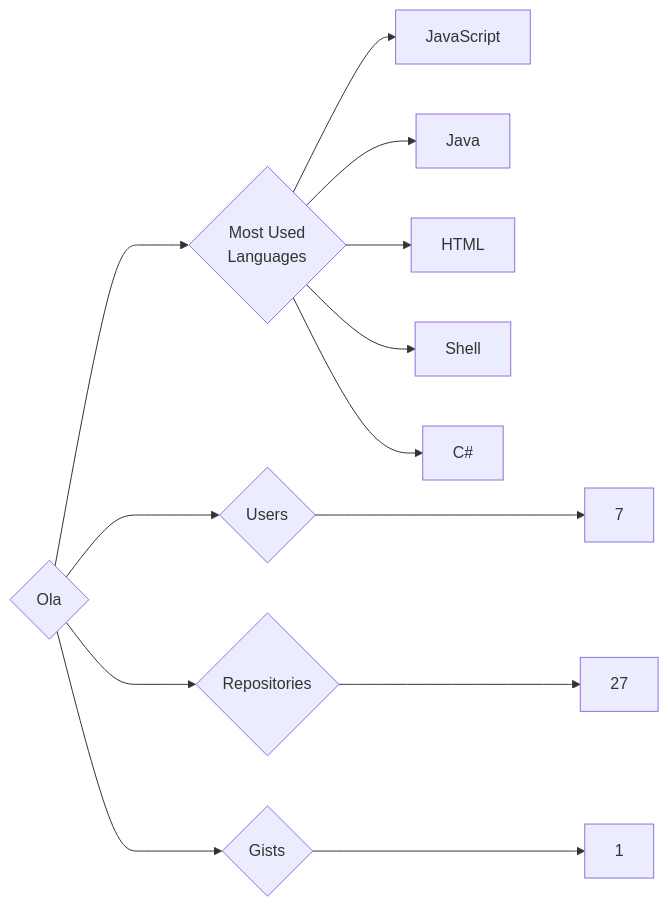
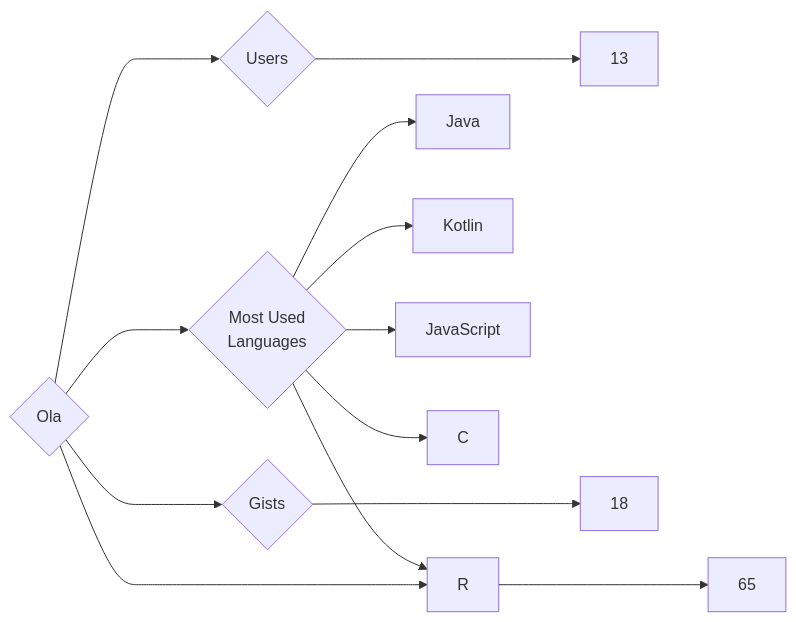
Before and after one commit to trickest/insiders: the diagram in targets/Ola/README.md, drawn with Mermaid. The commit also changed 976 other files, not shown here.

````diff
--- a/targets/Ola/README.md
+++ b/targets/Ola/README.md
@@ -3,13 +3,13 @@
 ```mermaid
 graph LR
 COMPANY_NAME{Ola}
-COMPANY_NAME ---> U{Users} ---> UN[7]
-COMPANY_NAME ---> R{Repositories} ---> RN[27]
-COMPANY_NAME ---> G{Gists} ---> GN[1]
+COMPANY_NAME ---> U{Users} ---> UN[13]
+COMPANY_NAME ---> R{Repositories} ---> RN[65]
+COMPANY_NAME ---> G{Gists} ---> GN[18]
 COMPANY_NAME ---> ML{Most Used<br>Languages}
+ML --> Java[Java]
+ML --> Kotlin[Kotlin]
 ML --> JavaScript[JavaScript]
-ML --> Java[Java]
-ML --> HTML[HTML]
-ML --> Shell[Shell]
-ML --> C#[C#]
+ML --> C[C]
+ML --> R[R]
 ```
````
